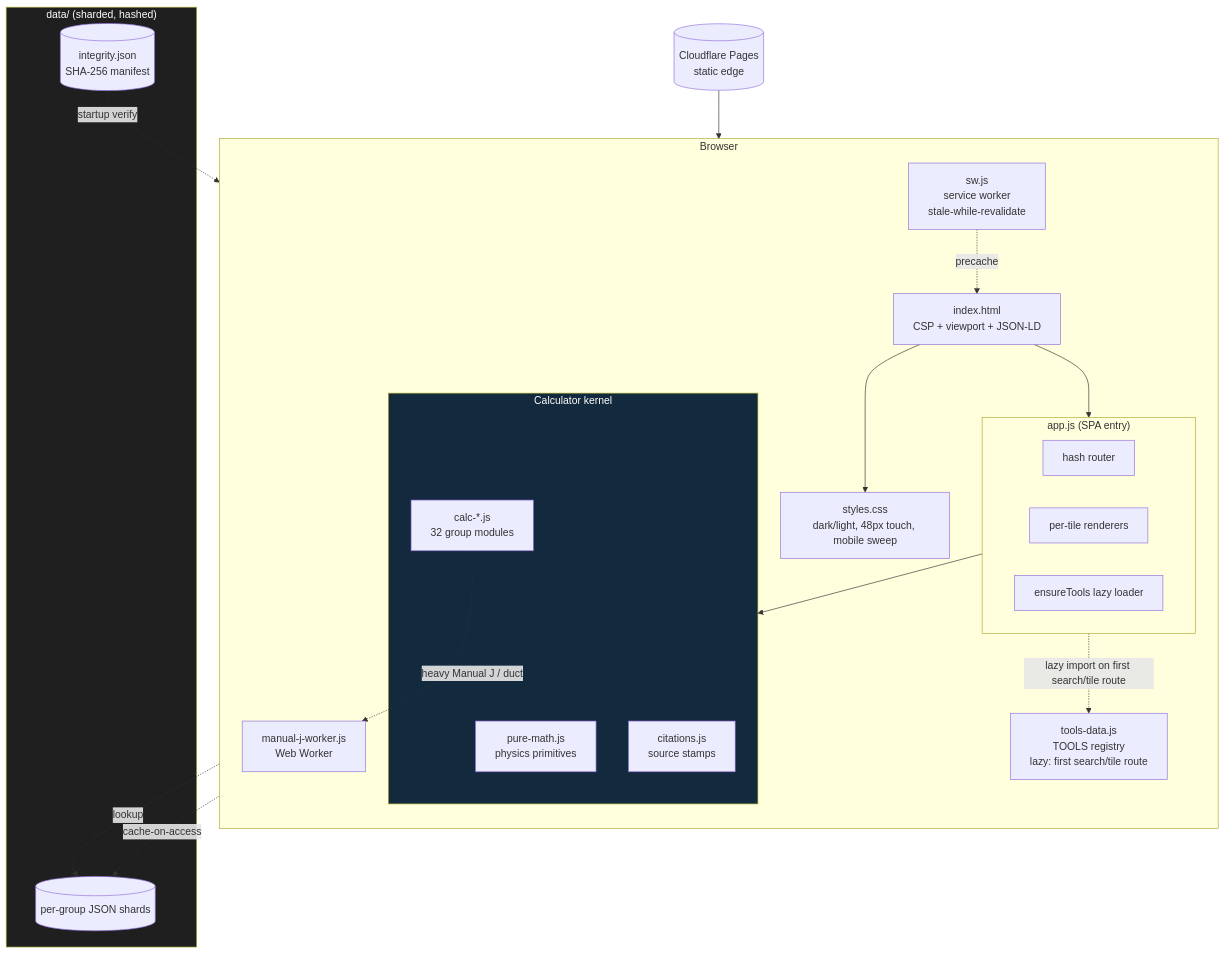
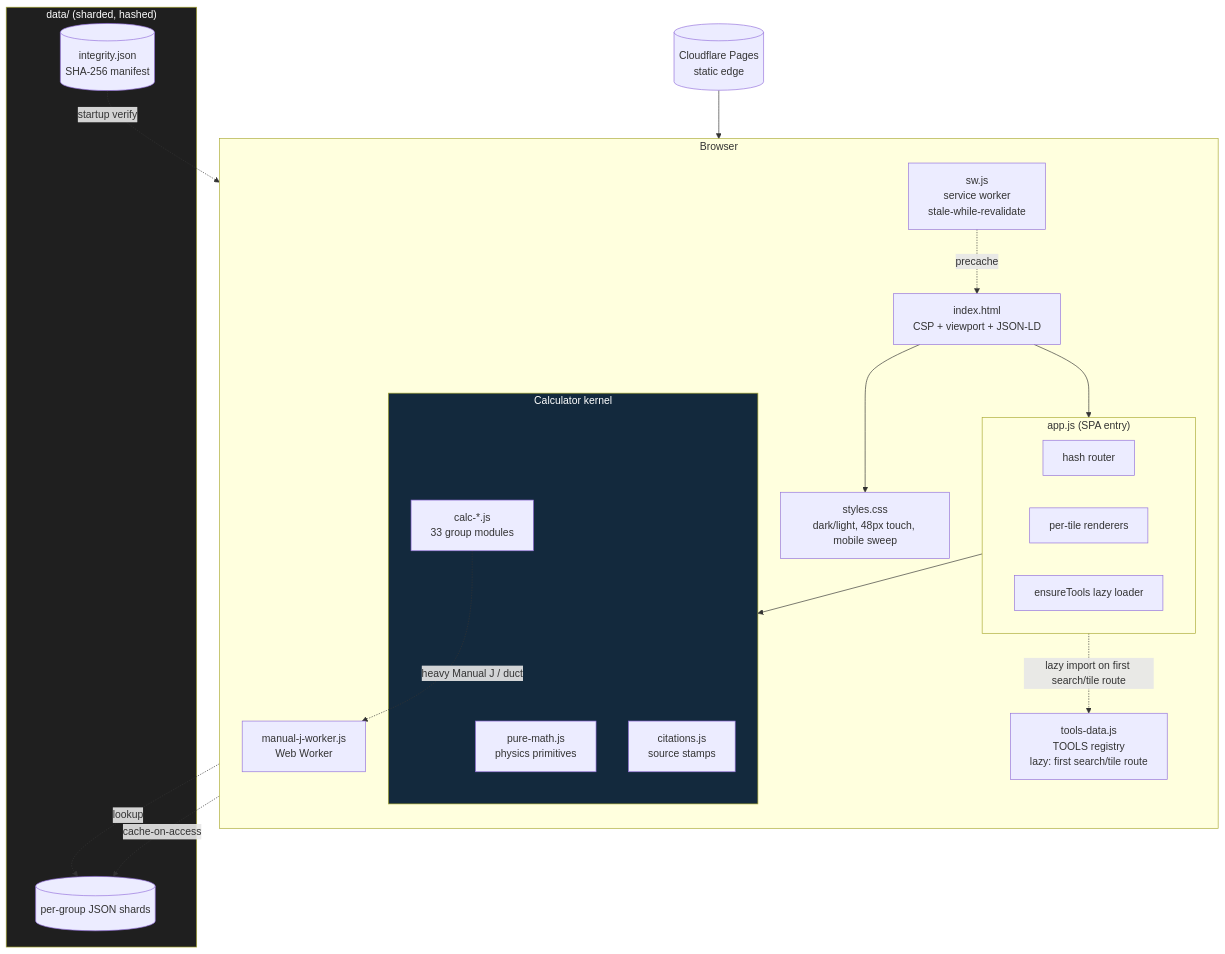
Before and after one commit to clay-good/roughlogic.com: the second of 8 diagrams in README.md, drawn with Mermaid. The commit also changed other lines of this file and 15 other files, not shown here.

First line of the commit message:
refactor(modules): spec-v70 cap-relief split -- earthwork bench -> new calc-earthwork.js (0.63.0->0.63.1, catalog holds 624)

````diff
--- a/README.md
+++ b/README.md
@@ -77,39 +77,39 @@
 ```mermaid
 flowchart TB
     subgraph Browser
         direction TB
         HTML[index.html\nCSP + viewport + JSON-LD]
         CSS[styles.css\ndark/light, 48px touch, mobile sweep]
         subgraph App["app.js (SPA entry)"]
             ROUTE[hash router]
             RENDER[per-tile renderers]
             ENSURE[ensureTools lazy loader]
         end
         TOOLS[tools-data.js\nTOOLS registry\nlazy: first search/tile route]
         subgraph Calc["Calculator kernel"]
             PM[pure-math.js\nphysics primitives]
-            CALC[calc-*.js\n32 group modules]
+            CALC[calc-*.js\n33 group modules]
             CIT[citations.js\nsource stamps]
         end
         SW[sw.js\nservice worker\nstale-while-revalidate]
         WORKER[manual-j-worker.js\nWeb Worker]
     end
     subgraph Data["data/ (sharded, hashed)"]
         SHARDS[(per-group JSON shards)]
         INTEG[(integrity.json\nSHA-256 manifest)]
     end
     CDN[(Cloudflare Pages\nstatic edge)]
 
     CDN --> HTML
     HTML --> CSS
     HTML --> App
     App -.lazy import on first search/tile route.-> TOOLS
     App --> Calc
     CALC -.->|heavy Manual J / duct| WORKER
     CALC -.->|lookup| SHARDS
     SW -.precache.-> HTML
     SW -.cache-on-access.-> SHARDS
     INTEG -.startup verify.-> App
     style Calc fill:#13293d,color:#fff
     style Data fill:#1f1f1f,color:#fff
 ```
````
